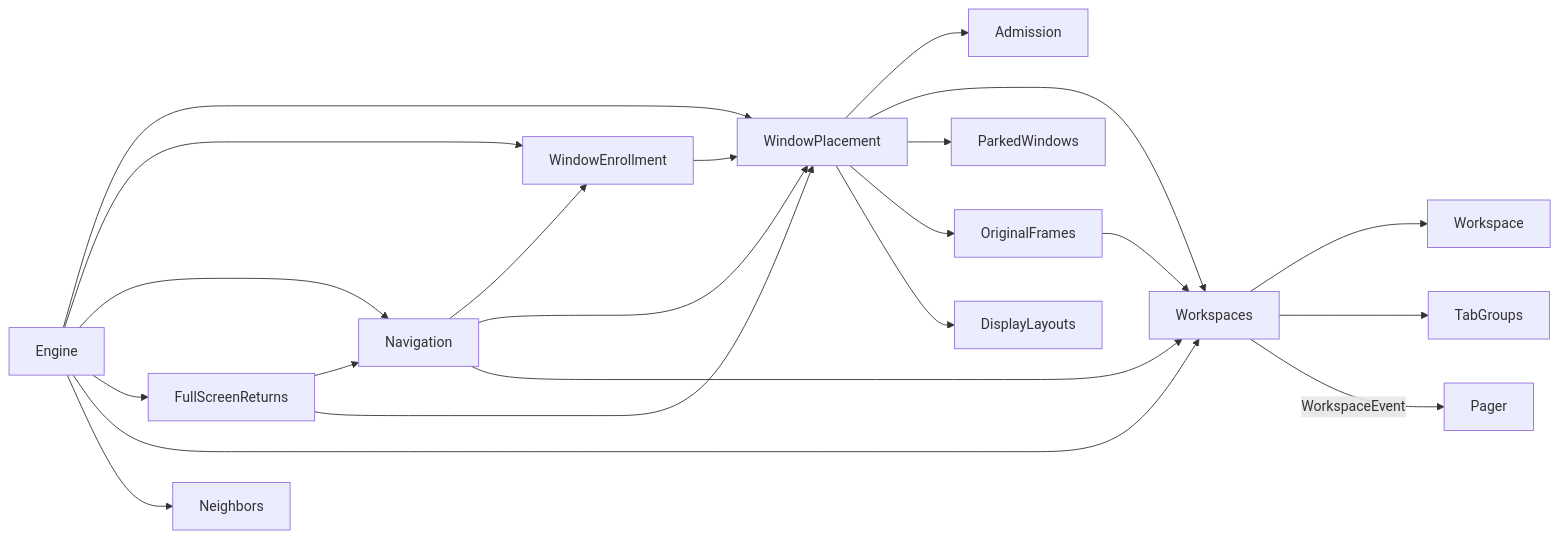
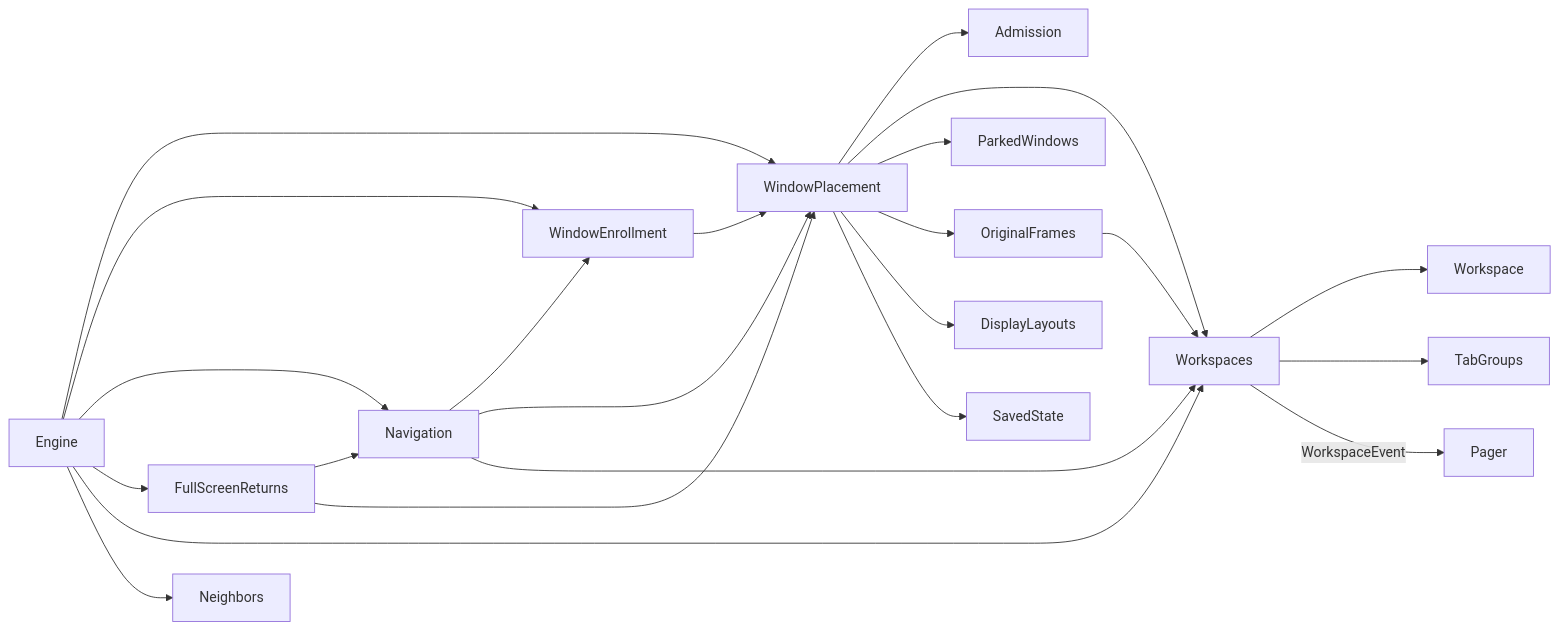
One commit to brennovich/ottowm changed the fourth of 20 diagrams in ARCHITECTURE.md. Above: the diagram before and after it, drawn with Mermaid. The commit also changed other lines of this file and 27 other files, not shown here.

````diff
--- a/ARCHITECTURE.md
+++ b/ARCHITECTURE.md
@@ -140,24 +143,25 @@
 ```mermaid
 flowchart LR
     Engine --> WindowPlacement
     Engine --> WindowEnrollment
     Engine --> Navigation
     Engine --> FullScreenReturns
     Engine --> Workspaces
     Engine --> Neighbors
     WindowEnrollment --> WindowPlacement
     WindowPlacement --> Admission
     Navigation --> WindowEnrollment
     Navigation --> WindowPlacement
     FullScreenReturns --> Navigation
     FullScreenReturns --> WindowPlacement
     WindowPlacement --> Workspaces
     WindowPlacement --> ParkedWindows
     WindowPlacement --> OriginalFrames
     WindowPlacement --> DisplayLayouts
+    WindowPlacement --> SavedState
     OriginalFrames --> Workspaces
     Navigation --> Workspaces
     Workspaces --> Workspace
     Workspaces --> TabGroups
     Workspaces -->|WorkspaceEvent| Pager
 ```
````
